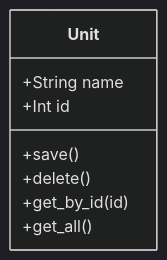
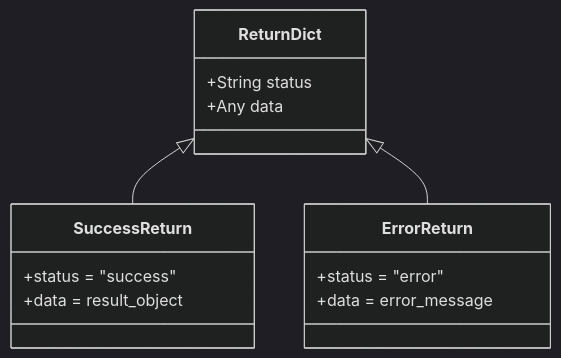
One commit to MICodeProjects/robosite changed the fourth of 5 diagrams in README.md. Above: the diagram before and after it, drawn with Mermaid (dark theme). The commit also changed other lines of this file and 27 other files, not shown here.

````diff
--- a/README.md
+++ b/README.md
@@ -60,11 +216,20 @@
 ```mermaid
 classDiagram
-    class Unit {
-        +String name
-        +Int id
-        +save()
-        +delete()
-        +get_by_id(id)
-        +get_all()
+    class ReturnDict {
+        +String status
+        +Any data
     }
+    
+    class SuccessReturn {
+        +status = "success"
+        +data = result_object
+    }
+    
+    class ErrorReturn {
+        +status = "error"
+        +data = error_message
+    }
+
+    ReturnDict <|-- SuccessReturn
+    ReturnDict <|-- ErrorReturn
 ```
````
